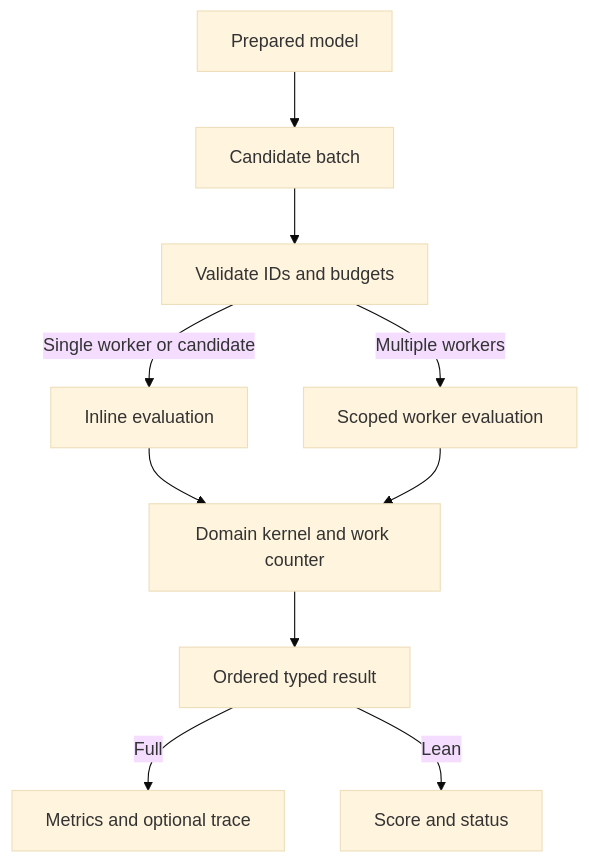
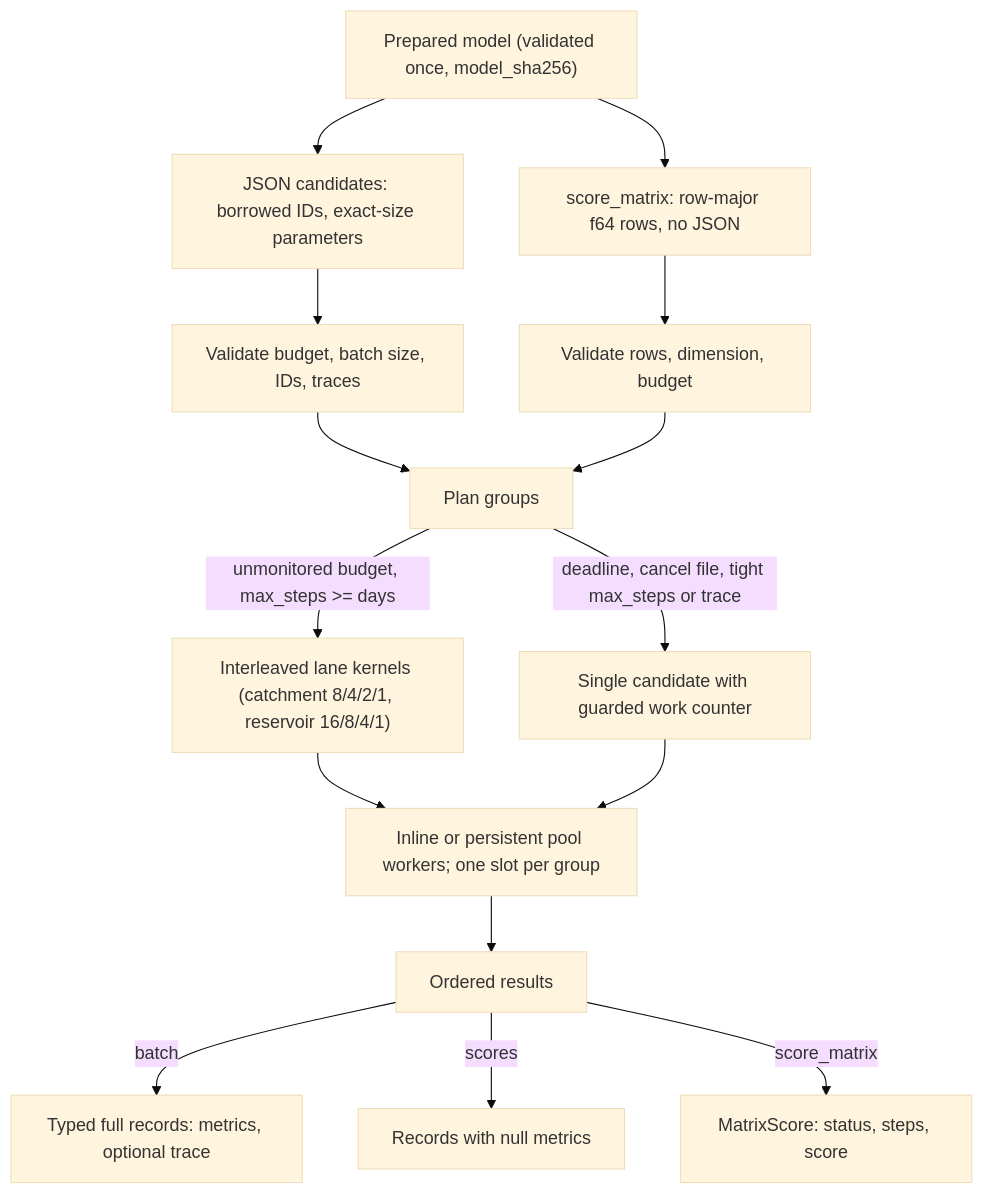
One commit to dietmarwo/hydro-craft changed the diagram in docs/architecture.md. Above: the diagram before and after it, drawn with Mermaid (base theme). The commit also changed other lines of this file and 9 other files, not shown here.

First line of the commit message:
Document 0.3.0: user manual, architecture, tutorial and README

````diff
--- a/docs/architecture.md
+++ b/docs/architecture.md
@@ -7,12 +10,17 @@
 ```mermaid
 flowchart TD
-    P["Prepared model"] --> B["Candidate batch"]
-    B --> V["Validate IDs and budgets"]
-    V -->|Single worker or candidate| S["Inline evaluation"]
-    V -->|Multiple workers| W["Scoped worker evaluation"]
-    S --> D["Domain kernel and work counter"]
-    W --> D
-    D --> R["Ordered typed result"]
-    R -->|Full| F["Metrics and optional trace"]
-    R -->|Lean| L["Score and status"]
+    P["Prepared model (validated once, model_sha256)"] --> J["JSON candidates: borrowed IDs, exact-size parameters"]
+    P --> M["score_matrix: row-major f64 rows, no JSON"]
+    J --> V["Validate budget, batch size, IDs, traces"]
+    M --> V2["Validate rows, dimension, budget"]
+    V --> G["Plan groups"]
+    V2 --> G
+    G -->|"unmonitored budget, max_steps >= days"| L["Interleaved lane kernels (catchment 8/4/2/1, reservoir 16/8/4/1)"]
+    G -->|"deadline, cancel file, tight max_steps or trace"| S["Single candidate with guarded work counter"]
+    L --> D["Inline or persistent pool workers; one slot per group"]
+    S --> D
+    D --> R["Ordered results"]
+    R -->|batch| F["Typed full records: metrics, optional trace"]
+    R -->|scores| E["Records with null metrics"]
+    R -->|score_matrix| X["MatrixScore: status, steps, score"]
 ```
````
